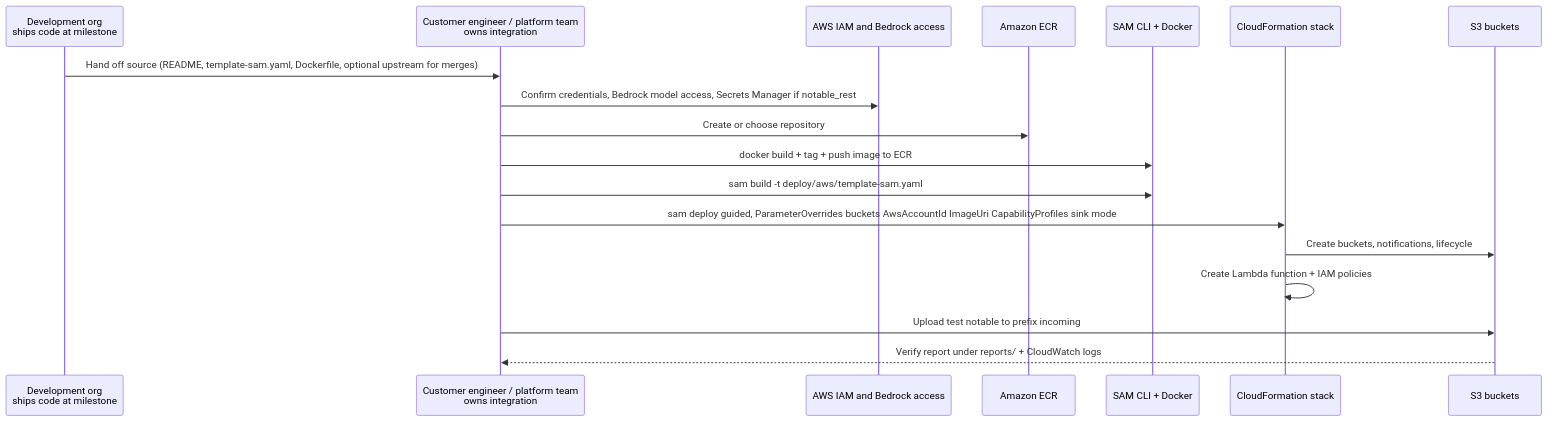
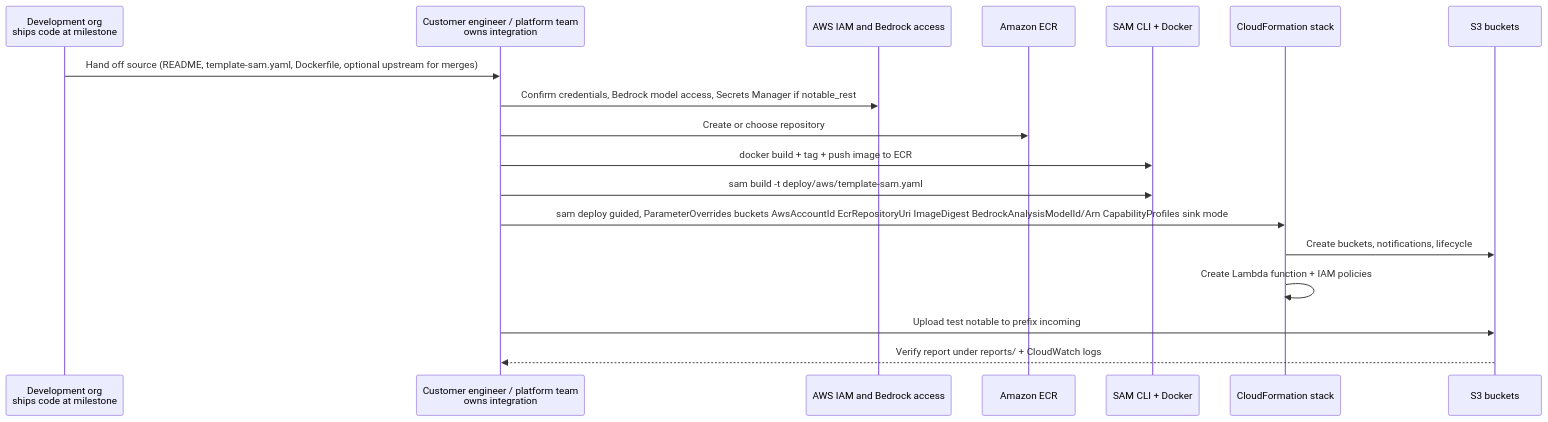
Before and after one commit to dreyna001/llm_notable_analysis: the fourth of 4 diagrams in s3_notable_pipeline_commercial/docs/delivery_package/end_to_end_diagrams/END_TO_END_DIAGRAMS.md, drawn with Mermaid. The commit also changed other lines of this file and 18 other files, not shown here.

First line of the commit message:
Sync commercial AWS deployment docs with current SAM image and model contract.

````diff
--- a/s3_notable_pipeline_commercial/docs/delivery_package/end_to_end_diagrams/END_TO_END_DIAGRAMS.md
+++ b/s3_notable_pipeline_commercial/docs/delivery_package/end_to_end_diagrams/END_TO_END_DIAGRAMS.md
@@ -232,21 +232,21 @@
 ```mermaid
 sequenceDiagram
   participant Dev as Development org<br/>ships code at milestone
   participant Eng as Customer engineer / platform team<br/>owns integration
   participant IAM as AWS IAM and Bedrock access
   participant ECR as Amazon ECR
   participant SAM as SAM CLI + Docker
   participant CFN as CloudFormation stack
   participant S3 as S3 buckets
 
   Dev->>Eng: Hand off source (README, template-sam.yaml, Dockerfile, optional upstream for merges)
   Eng->>IAM: Confirm credentials, Bedrock model access, Secrets Manager if notable_rest
   Eng->>ECR: Create or choose repository
   Eng->>SAM: docker build + tag + push image to ECR
   Eng->>SAM: sam build -t deploy/aws/template-sam.yaml
-  Eng->>CFN: sam deploy guided, ParameterOverrides buckets AwsAccountId ImageUri CapabilityProfiles sink mode
+  Eng->>CFN: sam deploy guided, ParameterOverrides buckets AwsAccountId EcrRepositoryUri ImageDigest BedrockAnalysisModelId/Arn CapabilityProfiles sink mode
   CFN->>S3: Create buckets, notifications, lifecycle
   CFN->>CFN: Create Lambda function + IAM policies
   Eng->>S3: Upload test notable to prefix incoming
   S3-->>Eng: Verify report under reports/ + CloudWatch logs
 ```
````
